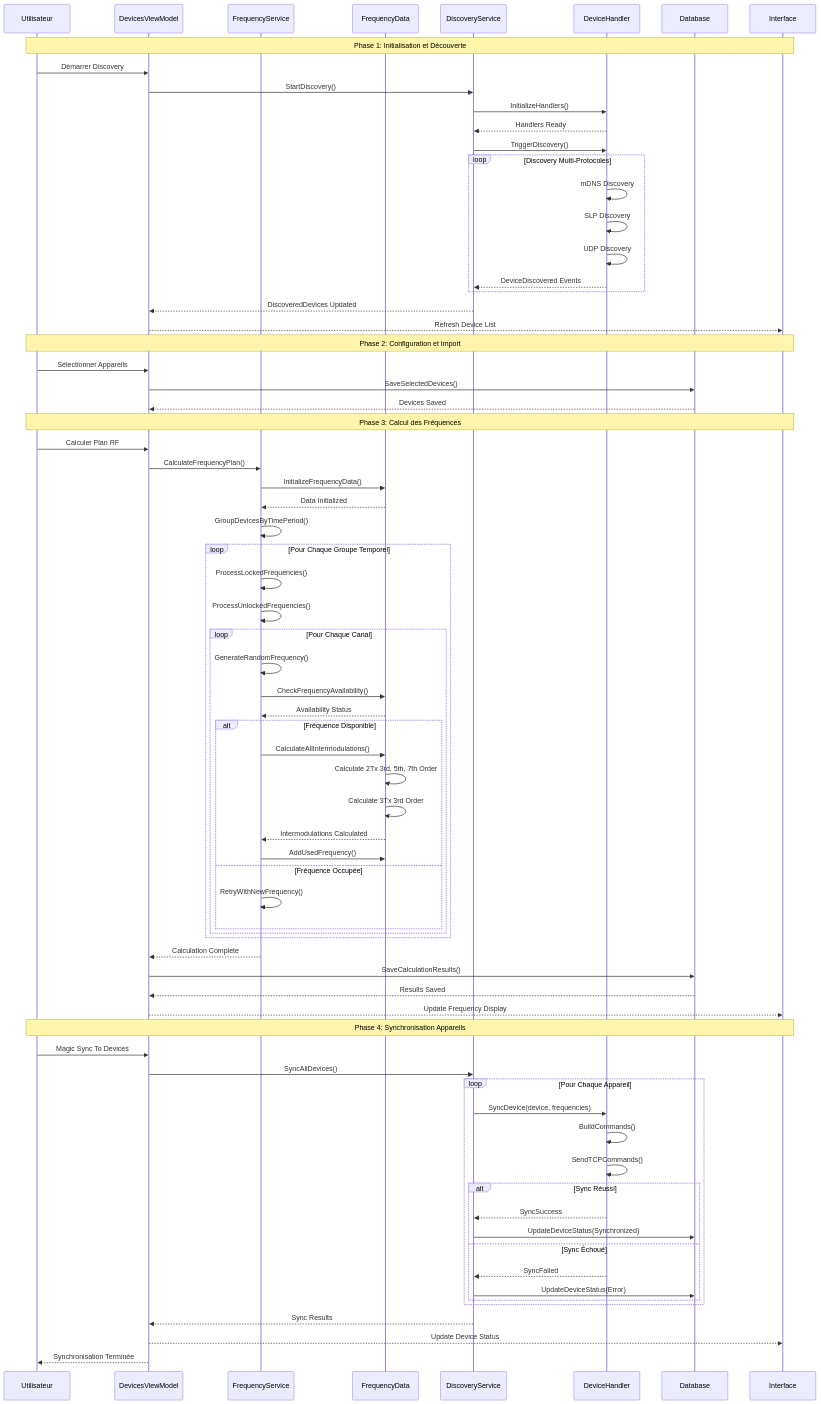
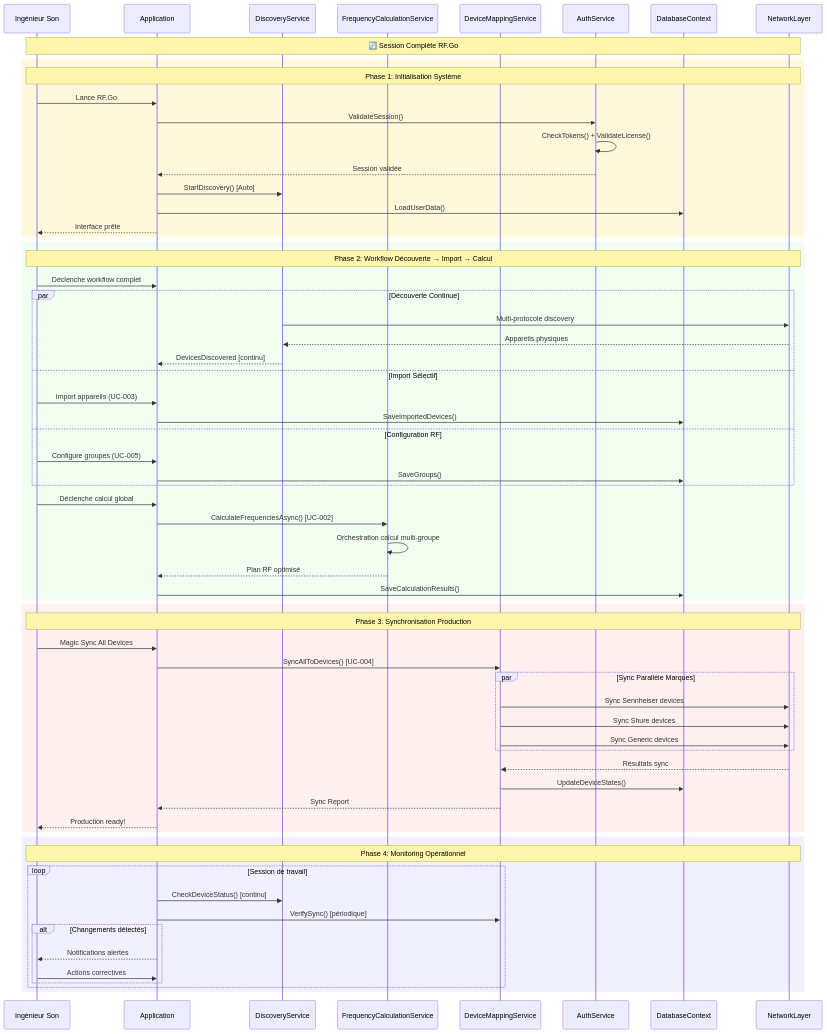
Before and after one commit to Beatwen/RF_Go: the first of 5 diagrams in docusaurus/docs/uml-analysis/sequence-diagrams.md, drawn with Mermaid. The commit also changed other lines of this file and 123 other files, not shown here.

````diff
--- a/docusaurus/docs/uml-analysis/sequence-diagrams.md
+++ b/docusaurus/docs/uml-analysis/sequence-diagrams.md
@@ -9,91 +11,76 @@
 ```mermaid
 sequenceDiagram
-    participant U as Utilisateur
-    participant VM as DevicesViewModel
-    participant FS as FrequencyService
-    participant FD as FrequencyData
+    participant IS as Ingénieur Son
+    participant APP as Application
     participant DS as DiscoveryService
-    participant DH as DeviceHandler
-    participant DB as Database
-    participant UI as Interface
+    participant FCS as FrequencyCalculationService
+    participant DMS as DeviceMappingService
+    participant AUTH as AuthService
+    participant DB as DatabaseContext
+    participant NET as NetworkLayer
 
-    Note over U,UI: Phase 1: Initialisation et Découverte
-    U->>VM: Démarrer Discovery
-    VM->>DS: StartDiscovery()
+    Note over IS,NET: 🔄 Session Complète RF.Go
     
-    DS->>DH: InitializeHandlers()
-    DH-->>DS: Handlers Ready
-    DS->>DH: TriggerDiscovery()
-    
-    loop Discovery Multi-Protocoles
-        DH->>DH: mDNS Discovery
-        DH->>DH: SLP Discovery
-        DH->>DH: UDP Discovery
-        DH-->>DS: DeviceDiscovered Events
+    rect rgb(255, 248, 220)
+        Note over IS,NET: Phase 1: Initialisation Système
+        IS->>APP: Lance RF.Go
+        APP->>AUTH: ValidateSession()
+        AUTH->>AUTH: CheckTokens() + ValidateLicense()
+        AUTH-->>APP: Session validée
+        APP->>DS: StartDiscovery() [Auto]
+        APP->>DB: LoadUserData()
+        APP-->>IS: Interface prête
     end
     
-    DS-->>VM: DiscoveredDevices Updated
-    VM-->>UI: Refresh Device List
+    rect rgb(240, 255, 240)
+        Note over IS,NET: Phase 2: Workflow Découverte → Import → Calcul
+        IS->>APP: Déclenche workflow complet
+        
+        par Découverte Continue
+            DS->>NET: Multi-protocole discovery
+            NET-->>DS: Appareils physiques
+            DS-->>APP: DevicesDiscovered [continu]
+        and Import Sélectif
+            IS->>APP: Import appareils (UC-003)
+            APP->>DB: SaveImportedDevices()
+        and Configuration RF
+            IS->>APP: Configure groupes (UC-005)
+            APP->>DB: SaveGroups()
+        end
+        
+        IS->>APP: Déclenche calcul global
+        APP->>FCS: CalculateFrequenciesAsync() [UC-002]
+        FCS->>FCS: Orchestration calcul multi-groupe
+        FCS-->>APP: Plan RF optimisé
+        APP->>DB: SaveCalculationResults()
+    end
     
-    Note over U,UI: Phase 2: Configuration et Import
-    U->>VM: Sélectionner Appareils
-    VM->>DB: SaveSelectedDevices()
-    DB-->>VM: Devices Saved
+    rect rgb(255, 240, 240)
+        Note over IS,NET: Phase 3: Synchronisation Production
+        IS->>APP: Magic Sync All Devices
+        APP->>DMS: SyncAllToDevices() [UC-004]
+        
+        par Sync Parallèle Marques
+            DMS->>NET: Sync Sennheiser devices
+            DMS->>NET: Sync Shure devices  
+            DMS->>NET: Sync Generic devices
+        end
+        
+        NET-->>DMS: Résultats sync
+        DMS->>DB: UpdateDeviceStates()
+        DMS-->>APP: Sync Report
+        APP-->>IS: Production ready!
+    end
     
-    Note over U,UI: Phase 3: Calcul des Fréquences
-    U->>VM: Calculer Plan RF
-    VM->>FS: CalculateFrequencyPlan()
-    
-    FS->>FD: InitializeFrequencyData()
-    FD-->>FS: Data Initialized
-    
-    FS->>FS: GroupDevicesByTimePeriod()
-    
-    loop Pour Chaque Groupe Temporel
-        FS->>FS: ProcessLockedFrequencies()
-        FS->>FS: ProcessUnlockedFrequencies()
-        
-        loop Pour Chaque Canal
-            FS->>FS: GenerateRandomFrequency()
-            FS->>FD: CheckFrequencyAvailability()
-            FD-->>FS: Availability Status
-            
-            alt Fréquence Disponible
-                FS->>FD: CalculateAllIntermodulations()
-                FD->>FD: Calculate 2Tx 3rd, 5th, 7th Order
-                FD->>FD: Calculate 3Tx 3rd Order
-                FD-->>FS: Intermodulations Calculated
-                FS->>FD: AddUsedFrequency()
-            else Fréquence Occupée
-                FS->>FS: RetryWithNewFrequency()
+    rect rgb(240, 240, 255)
+        Note over IS,NET: Phase 4: Monitoring Opérationnel
+        loop Session de travail
+            APP->>DS: CheckDeviceStatus() [continu]
+            APP->>DMS: VerifySync() [périodique]
+            alt Changements détectés
+                APP-->>IS: Notifications alertes
+                IS->>APP: Actions correctives
             end
         end
     end
-    
-    FS-->>VM: Calculation Complete
-    VM->>DB: SaveCalculationResults()
-    DB-->>VM: Results Saved
-    VM-->>UI: Update Frequency Display
-    
-    Note over U,UI: Phase 4: Synchronisation Appareils
-    U->>VM: Magic Sync To Devices
-    VM->>DS: SyncAllDevices()
-    
-    loop Pour Chaque Appareil
-        DS->>DH: SyncDevice(device, frequencies)
-        DH->>DH: BuildCommands()
-        DH->>DH: SendTCPCommands()
-        
-        alt Sync Réussi
-            DH-->>DS: SyncSuccess
-            DS->>DB: UpdateDeviceStatus(Synchronized)
-        else Sync Échoué
-            DH-->>DS: SyncFailed
-            DS->>DB: UpdateDeviceStatus(Error)
-        end
-    end
-    
-    DS-->>VM: Sync Results
-    VM-->>UI: Update Device Status
-    VM-->>U: Synchronisation Terminée
 ```
````
